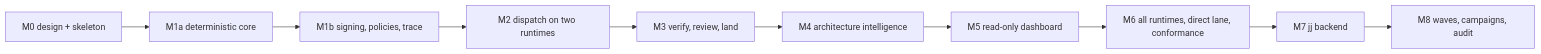
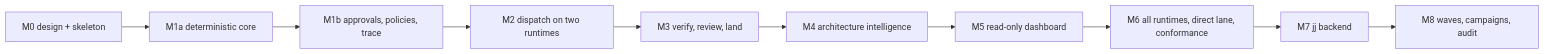
The diagram in docs/15-roadmap.md (Qither/keel), drawn with Mermaid before and after one commit. The commit also changed other lines of this file and 130 other files, not shown here.

````diff
--- a/docs/15-roadmap.md
+++ b/docs/15-roadmap.md
@@ -13,12 +14,12 @@
 ```mermaid
 flowchart LR
   M0["M0 design + skeleton"] --> M1a["M1a deterministic core"]
-  M1a --> M1b["M1b signing, policies, trace"]
+  M1a --> M1b["M1b approvals, policies, trace"]
   M1b --> M2["M2 dispatch on two runtimes"]
   M2 --> M3["M3 verify, review, land"]
   M3 --> M4["M4 architecture intelligence"]
   M4 --> M5["M5 read-only dashboard"]
   M5 --> M6["M6 all runtimes, direct lane, conformance"]
   M6 --> M7["M7 jj backend"]
   M7 --> M8["M8 waves, campaigns, audit"]
 ```
````
